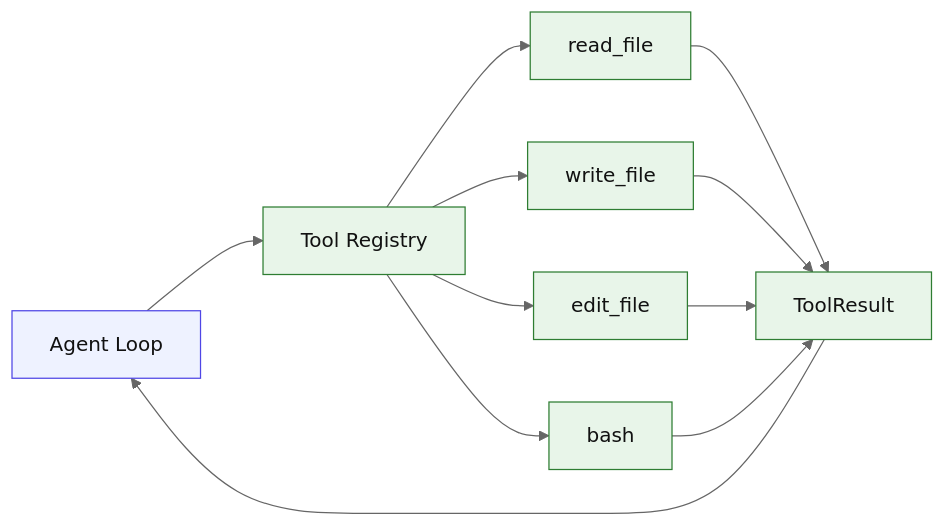
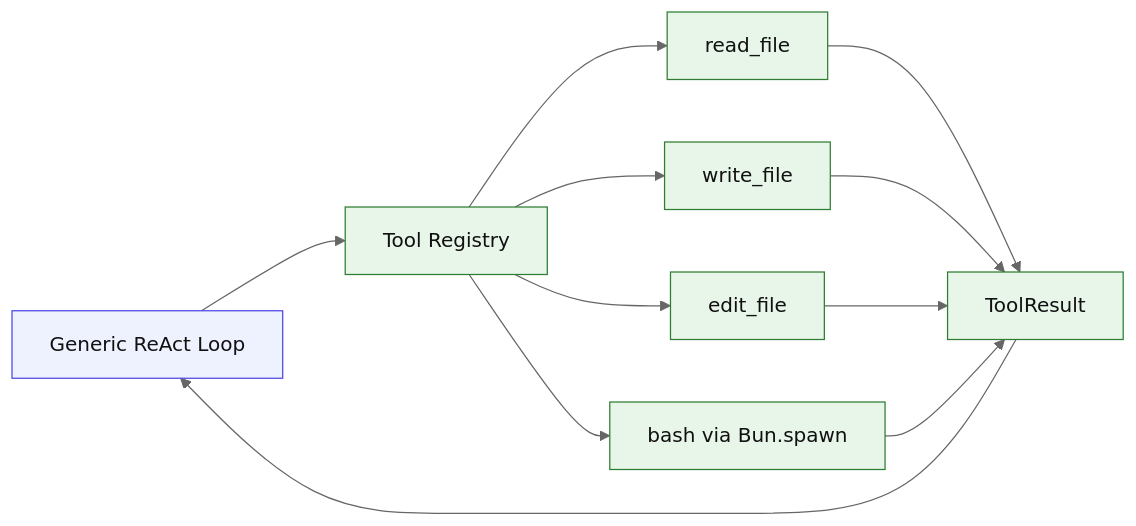
One commit to 1330482928/kai-code-agent changed the diagram in code-agent-roadmap/architecture/diagrams/stage-02.md. Above: the diagram before and after it, drawn with Mermaid (neutral theme). The commit also changed 41 other files, not shown here.

Commit message:
docs(roadmap): refresh staged agent roadmap

````diff
--- a/code-agent-roadmap/architecture/diagrams/stage-02.md
+++ b/code-agent-roadmap/architecture/diagrams/stage-02.md
@@ -3,18 +3,18 @@
 ```mermaid
 flowchart LR
-  L["Agent Loop"] --> T["Tool Registry"]
+  L["Generic ReAct Loop"] --> T["Tool Registry"]
   T --> Read["read_file"]
   T --> Write["write_file"]
   T --> Edit["edit_file"]
-  T --> Bash["bash"]
+  T --> Bash["bash via Bun.spawn"]
   Read --> TR["ToolResult"]
   Write --> TR
   Edit --> TR
   Bash --> TR
   TR --> L
 
   classDef existing fill:#eef2ff,stroke:#4f46e5,color:#111;
   classDef new fill:#e8f5e9,stroke:#2e7d32,color:#111;
   class L existing;
   class T,Read,Write,Edit,Bash,TR new;
 ```
````
